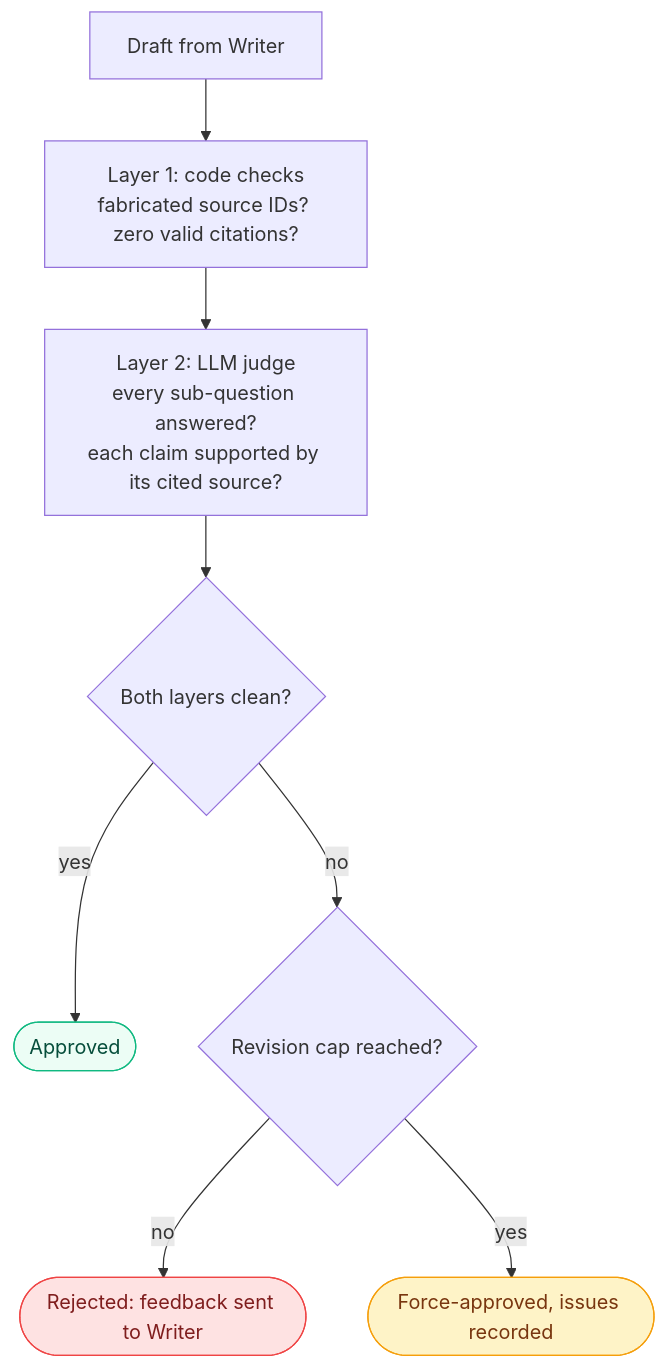
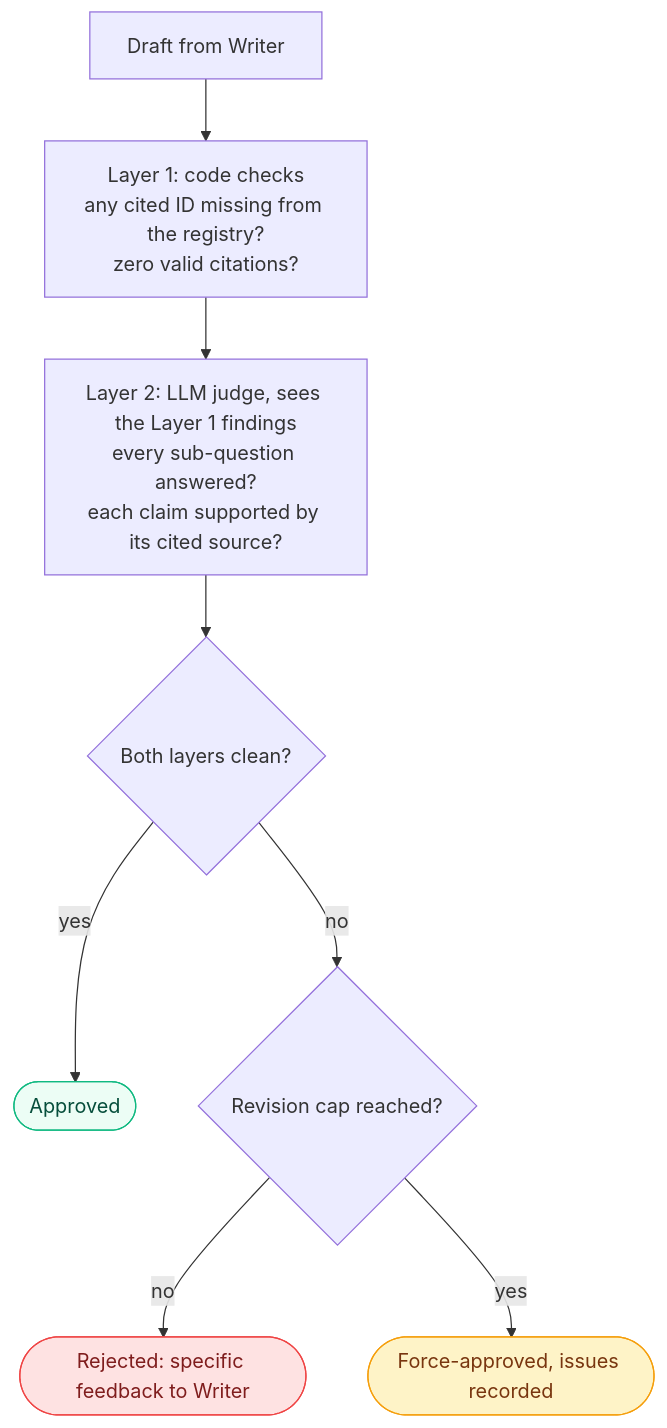
One commit to ADHIRAJ994/Research-Agent changed the fifth of 9 diagrams in README.md. Above: the diagram before and after it, drawn with Mermaid. The commit also changed other lines of this file, not shown here.

````diff
--- a/README.md
+++ b/README.md
@@ -109,17 +153,17 @@
 ```mermaid
 flowchart TD
-    D[Draft from Writer] --> C1["Layer 1: code checks<br/>fabricated source IDs? zero valid citations?"]
-    C1 --> C2["Layer 2: LLM judge<br/>every sub-question answered?<br/>each claim supported by its cited source?"]
-    C2 --> M{"Both layers clean?"}
+    D[Draft from Writer] --> L1["Layer 1: code checks<br/>any cited ID missing from the registry?<br/>zero valid citations?"]
+    L1 --> L2["Layer 2: LLM judge, sees the Layer 1 findings<br/>every sub-question answered?<br/>each claim supported by its cited source?"]
+    L2 --> M{"Both layers clean?"}
     M -->|yes| OK([Approved])
     M -->|no| CAP{"Revision cap reached?"}
-    CAP -->|no| BACK(["Rejected: feedback sent to Writer"])
+    CAP -->|no| BACK(["Rejected: specific feedback to Writer"])
     CAP -->|yes| FORCE(["Force-approved, issues recorded"])
 
     classDef good fill:#ECFDF5,stroke:#10B981,color:#064E3B
     classDef bad fill:#FEE2E2,stroke:#EF4444,color:#7F1D1D
     classDef warn fill:#FEF3C7,stroke:#F59E0B,color:#78350F
     class OK good
     class BACK bad
     class FORCE warn
 ```
````
